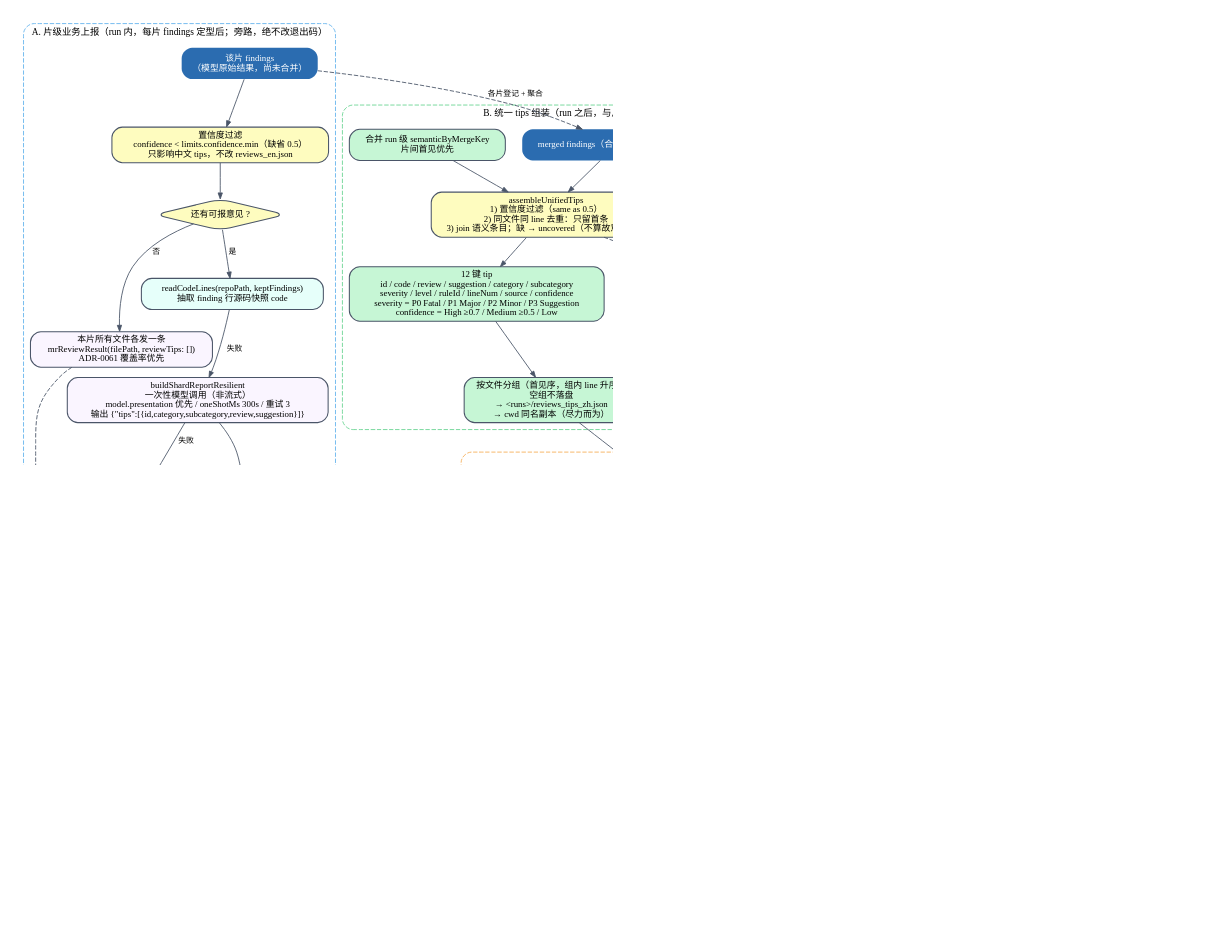
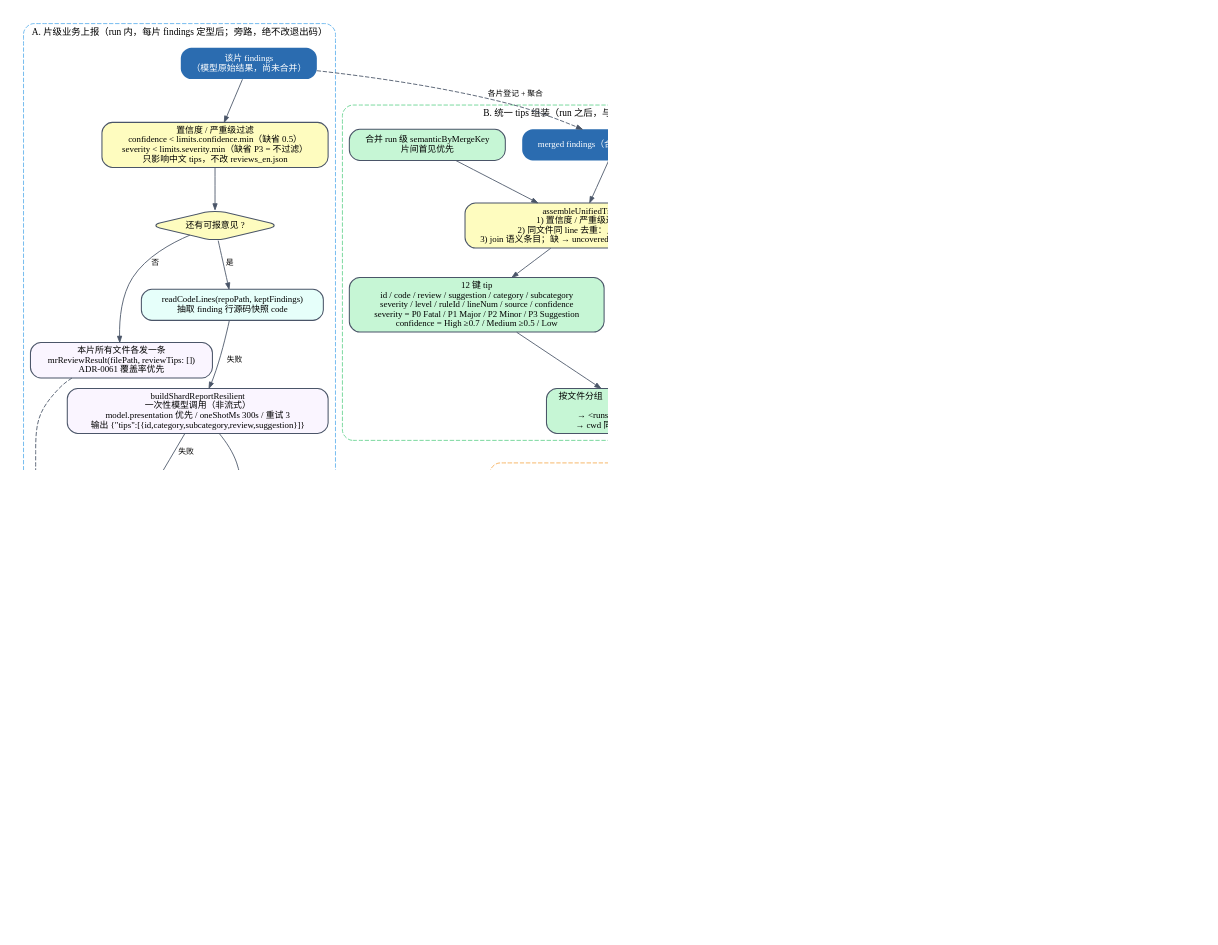
One commit to ffanwei/ReviewAgent-pi changed the diagram in docs/png/review-reporting.dot. Above: the diagram before and after it, drawn with Graphviz. The commit also changed 19 other files, not shown here.

First line of the commit message:
docs: 同步 ADR-0065 与控制台恒英文 / 统一 tips 口径

```diff
--- a/docs/png/review-reporting.dot
+++ b/docs/png/review-reporting.dot
@@ -1,95 +1,93 @@
 digraph review_reporting {
   graph [charset="UTF-8", rankdir=TB, bgcolor="white", fontname="Microsoft YaHei", fontsize=12,
          nodesep=0.26, ranksep=0.34, pad=0.25, dpi=150];
   node  [shape=box, style="rounded,filled", fontname="Microsoft YaHei", fontsize=10.2,
          color="#4A5568", fillcolor="#F7FAFC", penwidth=1.2, margin="0.14,0.06"];
   edge  [fontname="Microsoft YaHei", fontsize=9, color="#4A5568", arrowsize=0.7];
 
   subgraph cluster_shard {
     label="A. 片级业务上报（run 内，每片 findings 定型后；旁路，绝不改退出码）";
     fontname="Microsoft YaHei"; fontsize=10.8; color="#63B3ED"; style="rounded,dashed";
 
     shardFindings [label="该片 findings\n（模型原始结果，尚未合并）", fillcolor="#2B6CB0", fontcolor="white", penwidth=0];
-    conf [label="置信度过滤\nconfidence < limits.confidence.min（缺省 0.5）\n只影响中文 tips，不改 reviews_en.json", fillcolor="#FEFCBF"];
+    conf [label="置信度 / 严重级过滤\nconfidence < limits.confidence.min（缺省 0.5）\nseverity < limits.severity.min（缺省 P3 = 不过滤）\n只影响中文 tips，不改 reviews_en.json", fillcolor="#FEFCBF"];
     keptq [label="还有可报意见 ?", shape=diamond, fillcolor="#FEFCBF"];
     emptyAll [label="本片所有文件各发一条\nmrReviewResult(filePath, reviewTips: [])\nADR-0061 覆盖率优先", fillcolor="#FAF5FF"];
     code [label="readCodeLines(repoPath, keptFindings)\n抽取 finding 行源码快照 code", fillcolor="#E6FFFA"];
     gen [label="buildShardReportResilient\n一次性模型调用（非流式）\nmodel.presentation 优先 / oneShotMs 300s / 重试 3\n输出 {\"tips\":[{id,category,subcategory,review,suggestion}]}", fillcolor="#FAF5FF"];
     split [label="全量生成失败（超时 / 截断 / 非 JSON）\n按条数二分拆批重试：最多 2 层\n拆分批次单次尝试、串行", fillcolor="#FED7D7"];
     failed [label="仍失败\n本片文件全部补空 tips\n逐条登记 uncovered 原因", fillcolor="#FED7D7"];
     validate [label="逐条校验 / 降级\nfilePath 规范化（反斜杠→/，拒绝绝对路径与 ..）\nid 对不上 → 跳过；category 不可归一 → 跳过\n缺字段 → finding 推导兜底并留痕", fillcolor="#FEFCBF"];
     semantic [label="语义登记 semanticByKey\n键 = 合并键 (file,line,title)\n同时记 uncoveredByKey（逐条原因）", fillcolor="#C6F6D5"];
     perFile [label="按文件分组，逐文件调用\nmrReviewResult(taskId, filePath, reviewTips)\n每文件只发一条（attempted 去重）", fillcolor="#FAF5FF"];
     submitted [label="成功才登记 submittedFindingKeys\n（收尾总结的唯一口径）", fillcolor="#C6F6D5"];
     remain [label="本片剩余文件补空包\nreportFilesWithoutTips(exclude=attempted)\n含「有 finding 但 tips 全被跳过 / 上报失败」", fillcolor="#FAF5FF"];
 
     shardFindings -> conf -> keptq;
     keptq -> emptyAll [label=" 否 "];
     keptq -> code [label=" 是 "];
     code -> gen -> split [label=" 失败 "];
     split -> validate [label=" 救回部分 "];
     gen -> validate [label=" 成功 "];
     split -> failed [label=" 仍失败 "];
     failed -> remain;
     validate -> semantic -> perFile -> submitted -> remain;
     emptyAll -> remain [style=dashed];
   }
 
   subgraph cluster_tips {
-    label="B. 统一 tips 组装（run 之后，与片级报文同一份生成、两个投影）";
+    label="B. 统一 tips 组装（run 之后，与片级报文同一份生成、两个出口）";
     fontname="Microsoft YaHei"; fontsize=10.8; color="#68D391"; style="rounded,dashed";
     merged [label="merged findings（合并去重后，F001…）", fillcolor="#2B6CB0", fontcolor="white", penwidth=0];
     mergeSem [label="合并 run 级 semanticByMergeKey\n片间首见优先", fillcolor="#C6F6D5"];
-    build [label="assembleUnifiedTips\n1) 置信度过滤（same as 0.5）\n2) 同文件同 line 去重：只留首条\n3) join 语义条目；缺 → uncovered（不算故意丢弃）", fillcolor="#FEFCBF"];
+    build [label="assembleUnifiedTips\n1) 置信度 / 严重级过滤\n2) 同文件同 line 去重：只留首条\n3) join 语义条目；缺 → uncovered（不算故意丢弃）", fillcolor="#FEFCBF"];
     keys [label="12 键 tip\nid / code / review / suggestion / category / subcategory\nseverity / level / ruleId / lineNum / source / confidence\nseverity = P0 Fatal / P1 Major / P2 Minor / P3 Suggestion\nconfidence = High ≥0.7 / Medium ≥0.5 / Low", fillcolor="#C6F6D5"];
     doc [label="按文件分组（首见序，组内 line 升序）\n空组不落盘\n→ <runs>/reviews_tips_zh.json\n→ cwd 同名副本（尽力而为）", fillcolor="#C6F6D5"];
     uncovered [label="未覆盖逐条 stderr\n「未获统一生成覆盖（file:line (id)），tips 缺席该条：原因」\n审计只记 tipsFilter（阈值 + 丢弃数）", fillcolor="#FFF5F5"];
 
     merged -> build;
     mergeSem -> build;
     build -> keys -> doc;
     build -> uncovered [style=dashed];
   }
 
   subgraph cluster_present {
-    label="C. 呈现投影（可选，主要改 stdout；统一 tips 全灭时也作回落源）";
+    label="C. 业务关闭时的统一生成兜底（收尾一次，不发报文；ADR-0065）";
     fontname="Microsoft YaHei"; fontsize=10.8; color="#B794F4"; style="rounded,dashed";
-    engineq [label="presentation.engine ?", shape=diamond, fillcolor="#FEFCBF"];
-    ident [label="null / 模块不存在\n恒等直通：stdout 保持英文源"];
-    proj [label="applyPresentationProjection\n逐字段翻译 title / description\n模型缺省跟随检视模型\n单字段 90s + buffer 30s / 重试 3 / 并发 4", fillcolor="#FAF5FF"];
-    degr [label="投影失败 → 英文源 + degraded:true\n检视产物绝不因呈现层失败丢失", fillcolor="#FED7D7"];
-    prov [label="stdout 追加 presentation\nlanguage / terminologyVersion / findingLinks\n（id 可能重编号）", fillcolor="#C6F6D5"];
-    engineq -> ident [label=" 无 "];
-    engineq -> proj [label=" 有 "];
-    proj -> prov;
-    proj -> degr [label=" 失败 "];
-    degr -> prov;
+    engineq [label="taskToolsOn ?", shape=diamond, fillcolor="#FEFCBF"];
+    noop [label="业务开启\n片级回调已生成并登记语义\n收尾零额外调用"];
+    fallback [label="buildShardReportResilient(keptFindings)\n一次非流式模型调用（仅登记语义）\n失败：二分拆批重试 → uncovered", fillcolor="#FAF5FF"];
+    noroll [label="不回落呈现引擎\npresentation.engine 仅 legacy 兼容键\nstdout 恒英文、无 presentation 键", fillcolor="#C6F6D5"];
+    engineq -> noop [label=" 是 "];
+    engineq -> fallback [label=" 否 "];
+    fallback -> noroll;
+    noop -> noroll;
   }
 
   subgraph cluster_summary {
     label="D. 收尾总结与任务收尾";
     fontname="Microsoft YaHei"; fontsize=10.8; color="#F6AD55"; style="rounded,dashed";
     scope [label="口径 = 平台最终收到的意见\nsummaryFindings = findings ∩ submittedFindingKeys\nsummaryTips = tips 中 id ∈ submittedSourceIds\n（未上报条目不进总结）", fillcolor="#FEFCBF"];
     zeroq [label="findings 条数 ?", shape=diamond, fillcolor="#FEFCBF"];
     fixedZero [label="固定文案\n# 检视总结\n\n本次检视未发现缺陷。\n（不调用模型）", fillcolor="#C6F6D5"];
     fixedUnrep[label="零已上报但存在未上报\n固定「未向平台上报任何检视意见」\n绝不谎报「未发现缺陷」", fillcolor="#FFF5F5"];
     model [label="buildReviewSummary\n中文 tips + findings 摘要 → Markdown\n失败 / 空回复 → 确定性模板\n（计数 + 按文件清单）", fillcolor="#FAF5FF"];
     settle [label="固定沉降 5s（ADR-0053）\nmrReviewResult → saveReviewSummary\n→ endTask", fillcolor="#FEFCBF"];
     save [label="saveReviewSummary(taskId, markdownContent)", fillcolor="#FAF5FF"];
     end [label="endTask(taskId)\nfinally 必发（startTask 成功过）", fillcolor="#FAF5FF"];
     log [label="runs/mcp.json\n四个业务调用输入 / 输出 / 耗时\n事件 flush：sent / failed / dropped", fillcolor="#C6F6D5"];
 
     scope -> zeroq;
     zeroq -> fixedZero [label=" 0 "];
     zeroq -> fixedUnrep [label=" >0 但都已上报集合为空 "];
     zeroq -> model [label=" >0 且有已上报 "];
     model -> settle;
     fixedZero -> settle;
     fixedUnrep -> settle;
     settle -> save -> end -> log;
   }
 
   shardFindings -> merged [style=dashed, label=" 各片登记 + 聚合 "];
   doc -> scope;
-  prov -> scope;
+  noroll -> scope [style=dotted, label=" 无呈现翻译 "];
 }
```
